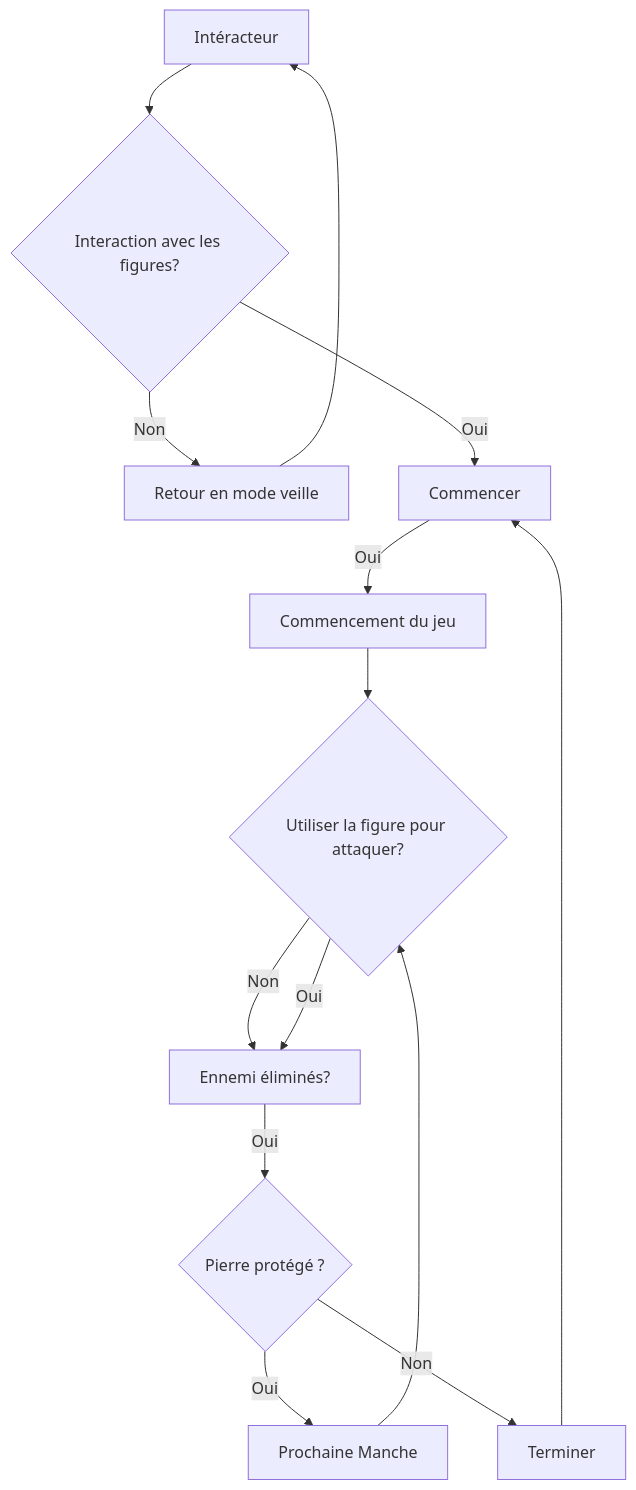
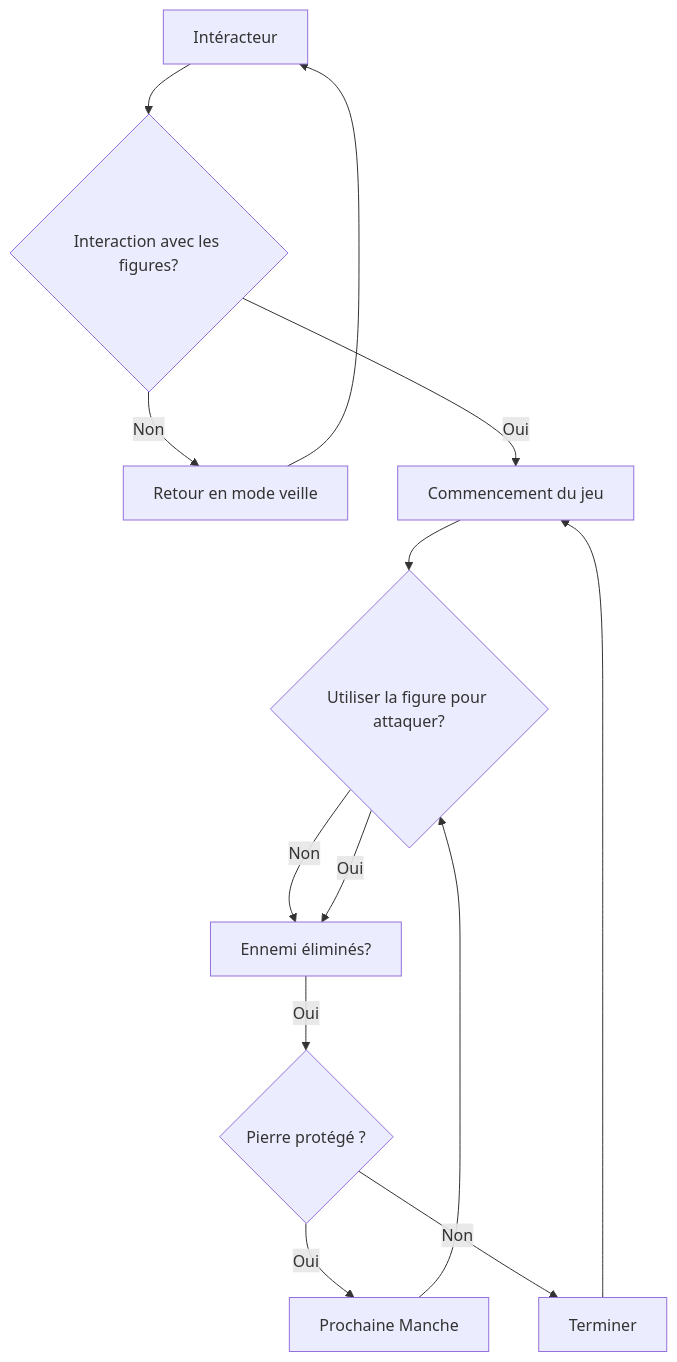
One commit to Ethereal-Creators/Etheria changed the diagram in 20_intention/30_scenario/README.md. Above: the diagram before and after it, drawn with Mermaid.

Commit message:
~fix encore

````diff
--- a/20_intention/30_scenario/README.md
+++ b/20_intention/30_scenario/README.md
@@ -13,17 +13,16 @@
 ```mermaid
 graph TD
 
     x[Intéracteur] --> id1{Interaction avec les figures?}
     id1 --Non--> A[Retour en mode veille]
-    id1 --Oui--> B[Commencer] 
-    B --Oui--> F[Commencement du jeu]
-    F --> id2{Utiliser la figure pour attaquer?}
+    id1 --Oui--> B[Commencement du jeu] 
+    B --> id2{Utiliser la figure pour attaquer?}
     id2 --Non--> M[Ennemi éliminés?]
     id2 --Oui--> M
     M --Oui--> id3{Pierre protégé ?}
     id3 --Oui--> K[Prochaine Manche]
     id3 --Non--> U[Terminer]
     K --> id2
     U --> B
     A --> x
 ```
````
